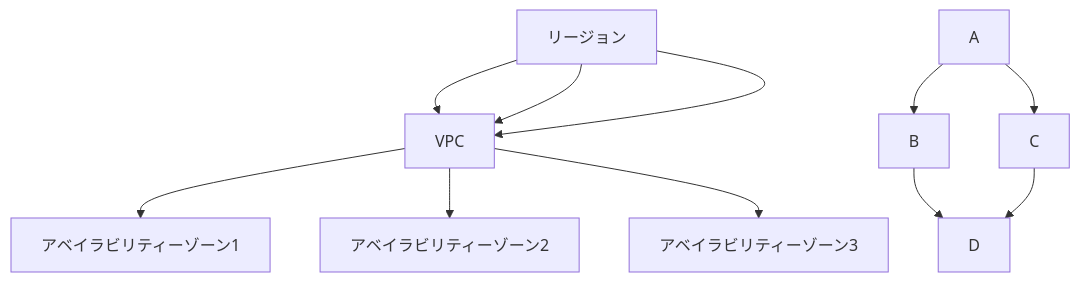
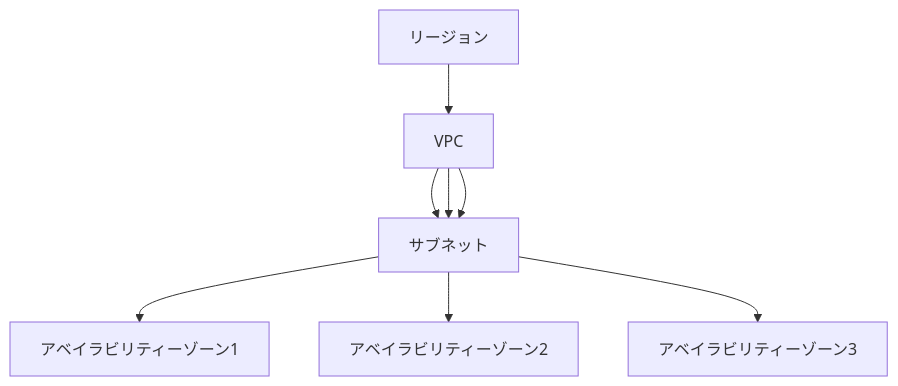
Before and after one commit to honpoio/DLgate_honpo: the first of 2 diagrams in aws.md, drawn with Mermaid. The commit also changed other lines of this file and 3 other files, not shown here.

````diff
--- a/aws.md
+++ b/aws.md
@@ -1,14 +1,11 @@
 ```mermaid
 graph TB
 
 
-リージョン-->VPC-->アベイラビリティーゾーン1
-リージョン-->VPC-->アベイラビリティーゾーン2
-リージョン-->VPC-->アベイラビリティーゾーン3
+リージョン-->VPC-->サブネット-->アベイラビリティーゾーン1
+VPC-->サブネット-->アベイラビリティーゾーン2
+VPC-->サブネット-->アベイラビリティーゾーン3
 
-A-->B;
-A-->C;
-B-->D;
-C-->D;
+
 
 ```
````
